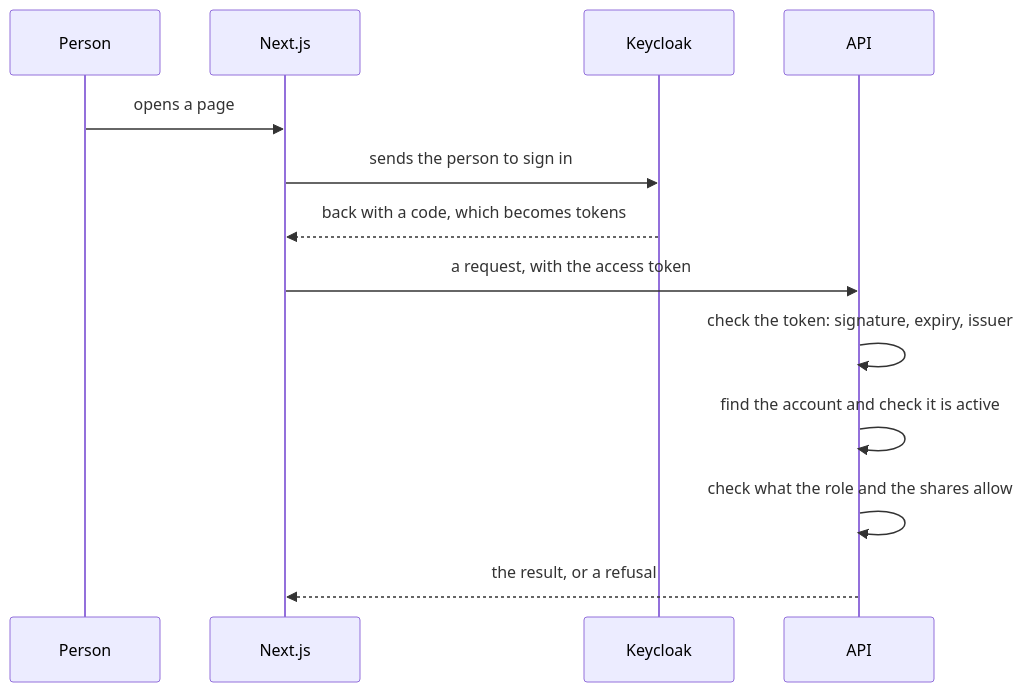
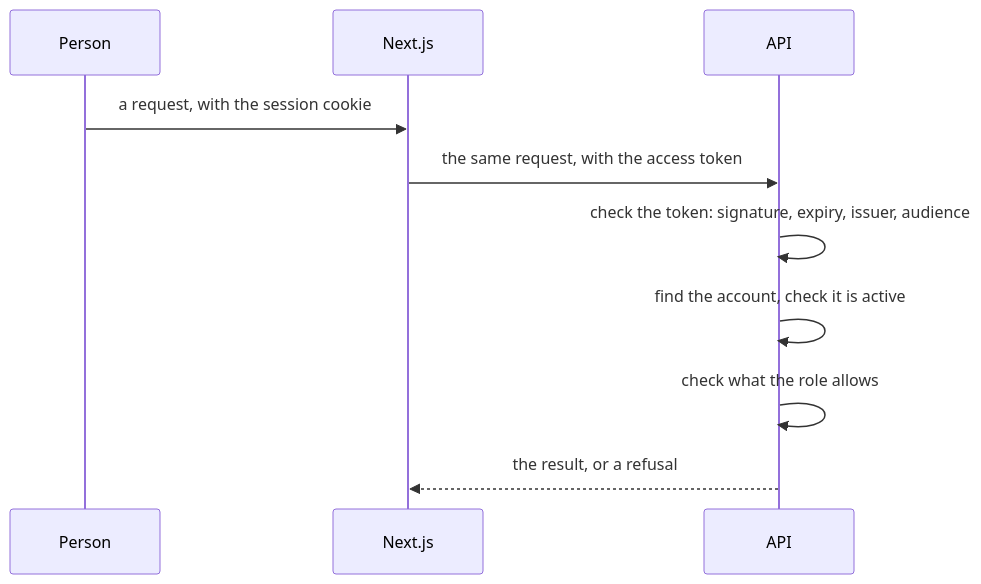
One commit to Thommans-Playground/playground-keycloak changed the second of 2 diagrams in docs/domain/contexts/BC-ACCESS.md. Above: the diagram before and after it, drawn with Mermaid. The commit also changed other lines of this file and 42 other files, not shown here.

````diff
--- a/docs/domain/contexts/BC-ACCESS.md
+++ b/docs/domain/contexts/BC-ACCESS.md
@@ -101,15 +92,12 @@
 ```mermaid
 sequenceDiagram
     participant P as Person
     participant W as Next.js
-    participant K as Keycloak
     participant A as API
-    P->>W: opens a page
-    W->>K: sends the person to sign in
-    K-->>W: back with a code, which becomes tokens
-    W->>A: a request, with the access token
-    A->>A: check the token: signature, expiry, issuer
-    A->>A: find the account and check it is active
-    A->>A: check what the role and the shares allow
+    P->>W: a request, with the session cookie
+    W->>A: the same request, with the access token
+    A->>A: check the token: signature, expiry, issuer, audience
+    A->>A: find the account, check it is active
+    A->>A: check what the role allows
     A-->>W: the result, or a refusal
 ```
````
